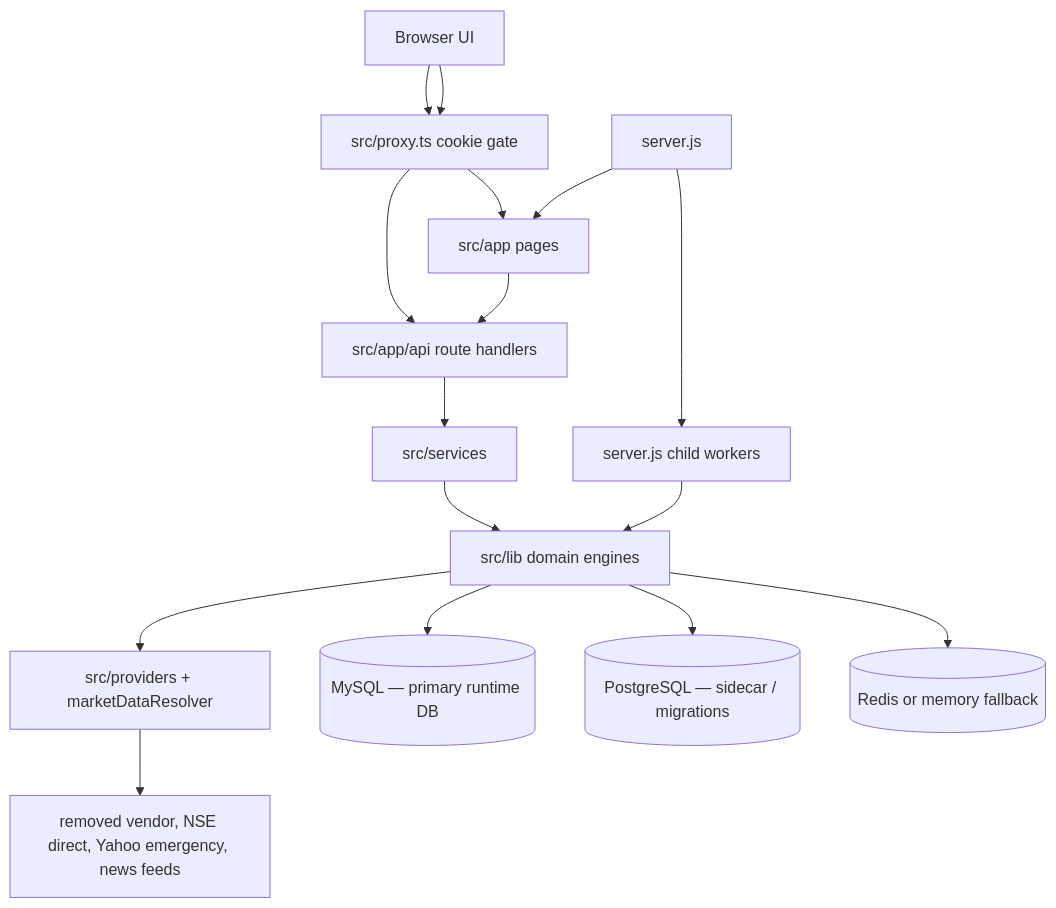
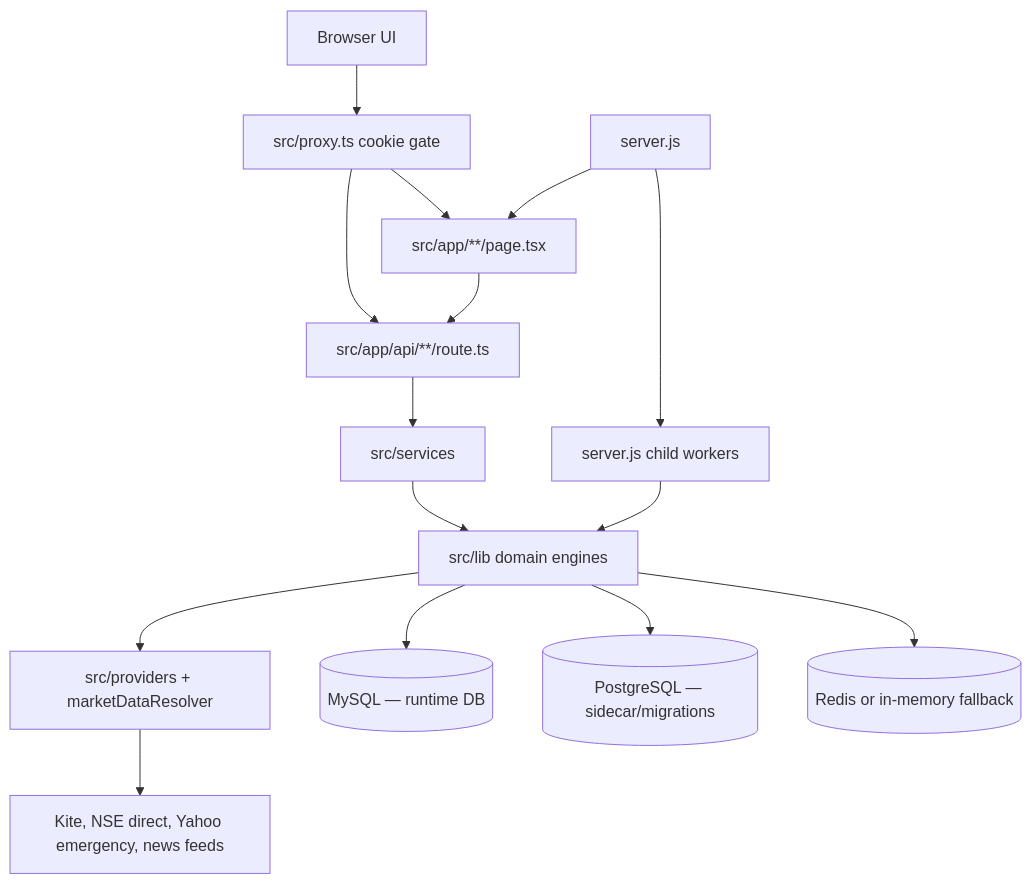
The first of 5 diagrams in ARCHITECTURE.md (saurabhmani/api-update), drawn with Mermaid before and after one commit. The commit also changed other lines of this file and 62 other files, not shown here.

````diff
--- a/ARCHITECTURE.md
+++ b/ARCHITECTURE.md
@@ -18,27 +78,27 @@
 ```mermaid
 flowchart TB
     Browser[Browser UI]
     Proxy[src/proxy.ts cookie gate]
-    Pages[src/app pages]
-    Api[src/app/api route handlers]
+    Pages[src/app/**/page.tsx]
+    Api[src/app/api/**/route.ts]
     Services[src/services]
     Lib[src/lib domain engines]
     Providers[src/providers + marketDataResolver]
-    MySQL[(MySQL — primary runtime DB)]
-    Postgres[(PostgreSQL — sidecar / migrations)]
-    Redis[(Redis or memory fallback)]
+    MySQL[(MySQL — runtime DB)]
+    Postgres[(PostgreSQL — sidecar/migrations)]
+    Redis[(Redis or in-memory fallback)]
     Workers[server.js child workers]
-    External[removed vendor, NSE direct, Yahoo emergency, news feeds]
+    External[Kite, NSE direct, Yahoo emergency, news feeds]
 
-    Browser --> Proxy --> Pages
-    Browser --> Proxy --> Api
+    Browser --> Proxy
+    Proxy --> Pages
+    Proxy --> Api
     Pages --> Api
     Api --> Services --> Lib
     Lib --> Providers --> External
     Lib --> MySQL
     Lib --> Postgres
     Lib --> Redis
-    Workers --> Lib
-    server.js[server.js] --> Workers
-    server.js --> Pages
+    ServerJs[server.js] --> Workers --> Lib
+    ServerJs --> Pages
 ```
````
